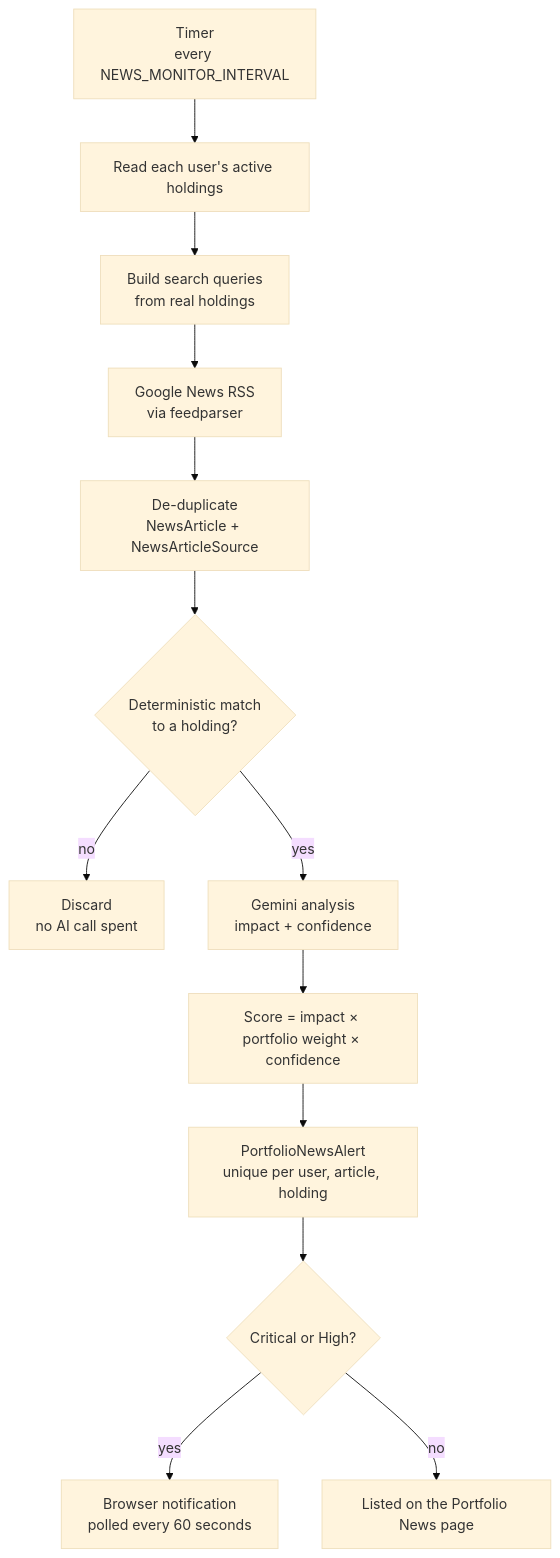
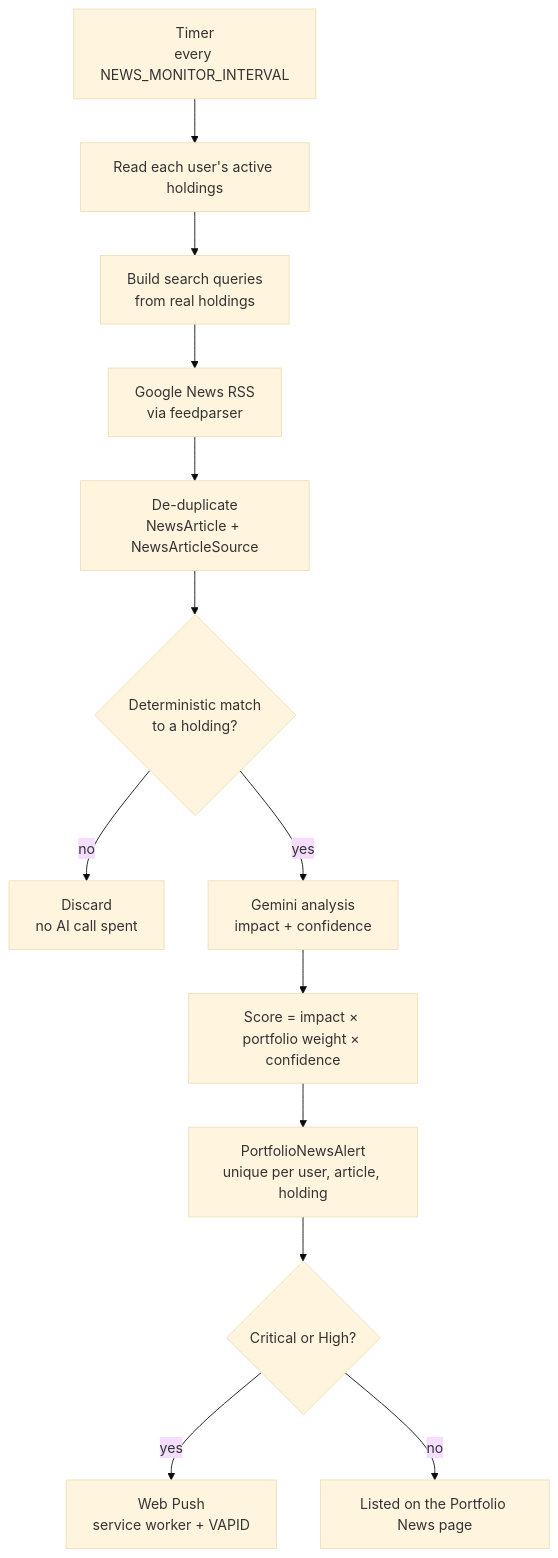
Before and after one commit to avviiiral/Personal_Wealth_Monitoring_System: the fourth of 7 diagrams in README.md, drawn with Mermaid (base theme). The commit also changed other lines of this file, not shown here.

Commit message:
docs: document background Web Push notifications

````diff
--- a/README.md
+++ b/README.md
@@ -311,15 +311,15 @@
 ```mermaid
 flowchart TD
     T["Timer<br/>every NEWS_MONITOR_INTERVAL"] --> H["Read each user's active holdings"]
     H --> Q["Build search queries<br/>from real holdings"]
     Q --> R["Google News RSS<br/>via feedparser"]
     R --> D["De-duplicate<br/>NewsArticle + NewsArticleSource"]
     D --> M{"Deterministic match<br/>to a holding?"}
     M -- no --> X["Discard<br/>no AI call spent"]
     M -- yes --> G["Gemini analysis<br/>impact + confidence"]
     G --> S["Score = impact × portfolio weight × confidence"]
     S --> A["PortfolioNewsAlert<br/>unique per user, article, holding"]
     A --> C{"Critical or High?"}
-    C -- yes --> N["Browser notification<br/>polled every 60 seconds"]
+    C -- yes --> N["Web Push<br/>service worker + VAPID"]
     C -- no --> P["Listed on the Portfolio News page"]
 ```
````
